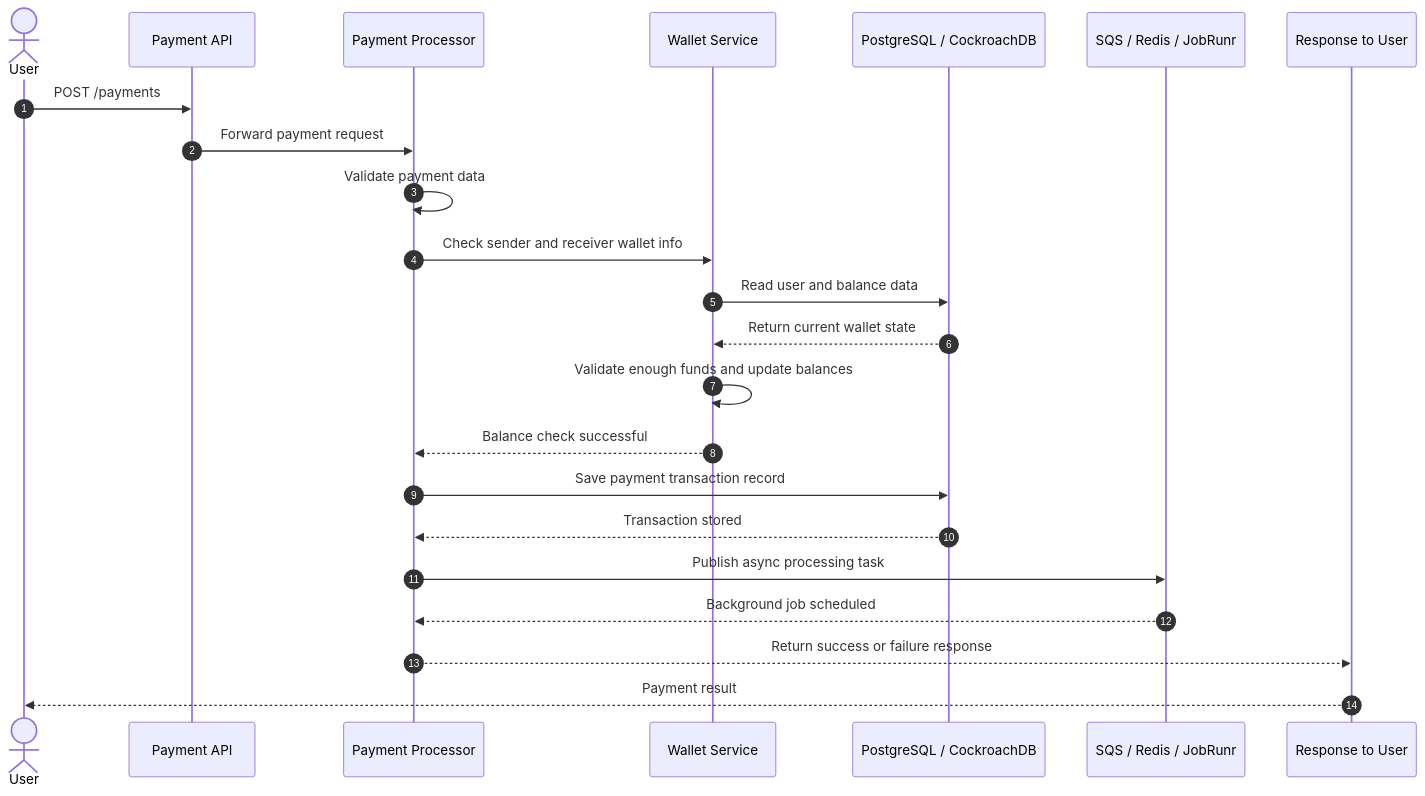
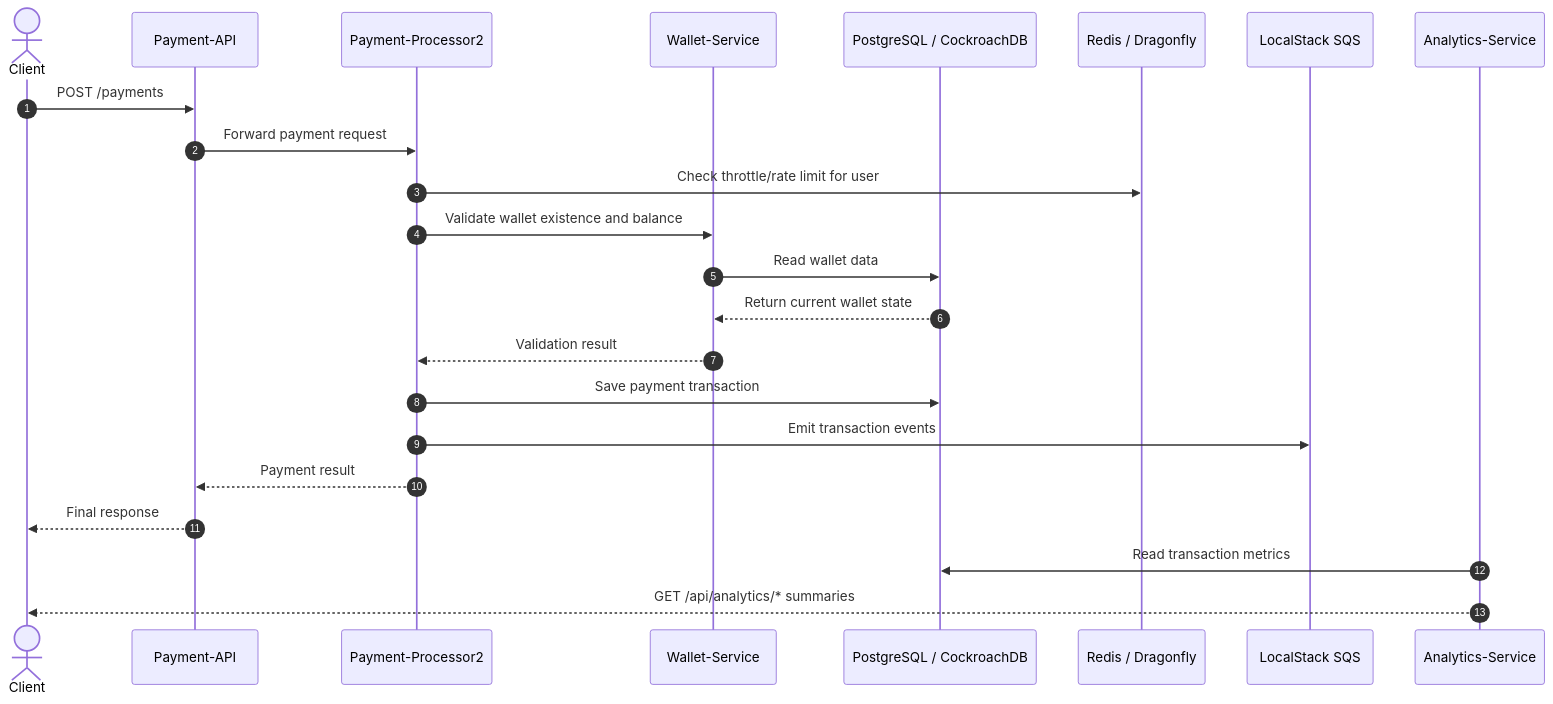
One commit to longbui98/Simple-Payment-Minikube changed the diagram in README.md. Above: the diagram before and after it, drawn with Mermaid. The commit also changed other lines of this file, not shown here.

Commit message:
Update README to reflect the current microservice implementation and architecture

````diff
--- a/README.md
+++ b/README.md
@@ -19,26 +18,27 @@
 ```mermaid
 sequenceDiagram
     autonumber
-    actor User
-    participant API as Payment API
-    participant Processor as Payment Processor
-    participant Wallet as Wallet Service
+    actor Client
+    participant API as Payment-API
+    participant Processor as Payment-Processor2
+    participant Wallet as Wallet-Service
     participant DB as PostgreSQL / CockroachDB
-    participant Queue as SQS / Redis / JobRunr
-    participant Result as Response to User
+    participant Redis as Redis / Dragonfly
+    participant SQS as LocalStack SQS
+    participant Analytics as Analytics-Service
 
-    User->>API: POST /payments
+    Client->>API: POST /payments
     API->>Processor: Forward payment request
-    Processor->>Processor: Validate payment data
-    Processor->>Wallet: Check sender and receiver wallet info
-    Wallet->>DB: Read user and balance data
+    Processor->>Redis: Check throttle/rate limit for user
+    Processor->>Wallet: Validate wallet existence and balance
+    Wallet->>DB: Read wallet data
     DB-->>Wallet: Return current wallet state
-    Wallet->>Wallet: Validate enough funds and update balances
-    Wallet-->>Processor: Balance check successful
-    Processor->>DB: Save payment transaction record
-    DB-->>Processor: Transaction stored
-    Processor->>Queue: Publish async processing task
-    Queue-->>Processor: Background job scheduled
-    Processor-->>Result: Return success or failure response
-    Result-->>User: Payment result
+    Wallet-->>Processor: Validation result
+    Processor->>DB: Save payment transaction
+    Processor->>SQS: Emit transaction events
+    Processor-->>API: Payment result
+    API-->>Client: Final response
+
+    Analytics->>DB: Read transaction metrics
+    Analytics-->>Client: GET /api/analytics/* summaries
 ```
````
